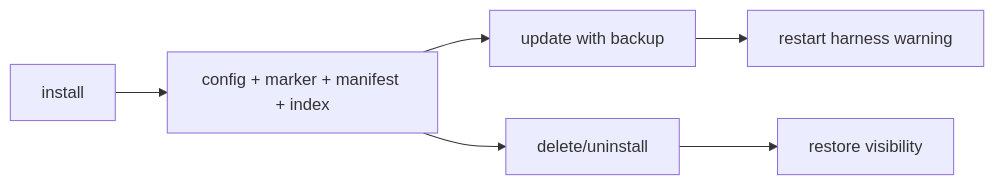
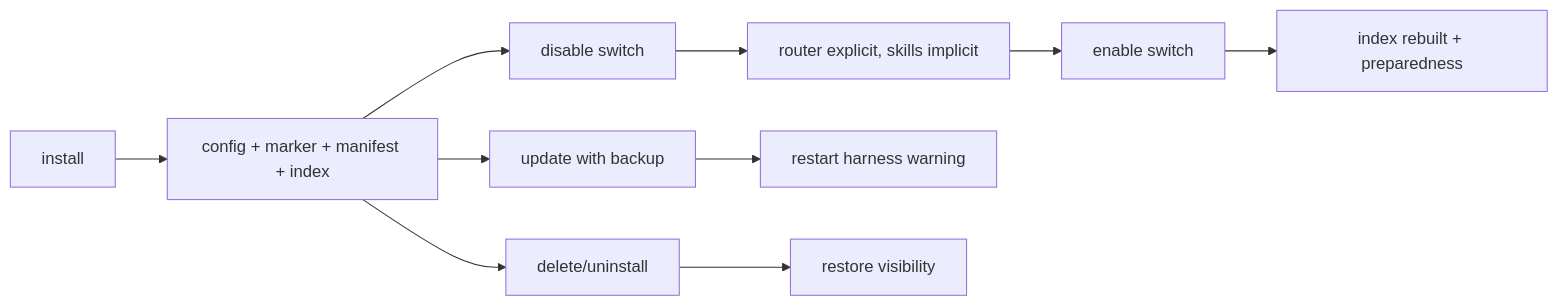
One commit to modiqo/skillspec changed the fifth of 5 diagrams in docs/design/explained/03-router-mode.md. Above: the diagram before and after it, drawn with Mermaid. The commit also changed other lines of this file and 16 other files, not shown here.

````diff
--- a/docs/design/explained/03-router-mode.md
+++ b/docs/design/explained/03-router-mode.md
@@ -130,8 +131,12 @@
 ```mermaid
 flowchart LR
     A[install] --> B[config + marker + manifest + index]
-    B --> C[update with backup]
-    B --> D[delete/uninstall]
-    C --> E[restart harness warning]
-    D --> F[restore visibility]
+    B --> C[disable switch]
+    C --> D[router explicit, skills implicit]
+    D --> E[enable switch]
+    E --> F[index rebuilt + preparedness]
+    B --> G[update with backup]
+    B --> H[delete/uninstall]
+    G --> I[restart harness warning]
+    H --> J[restore visibility]
 ```
````
